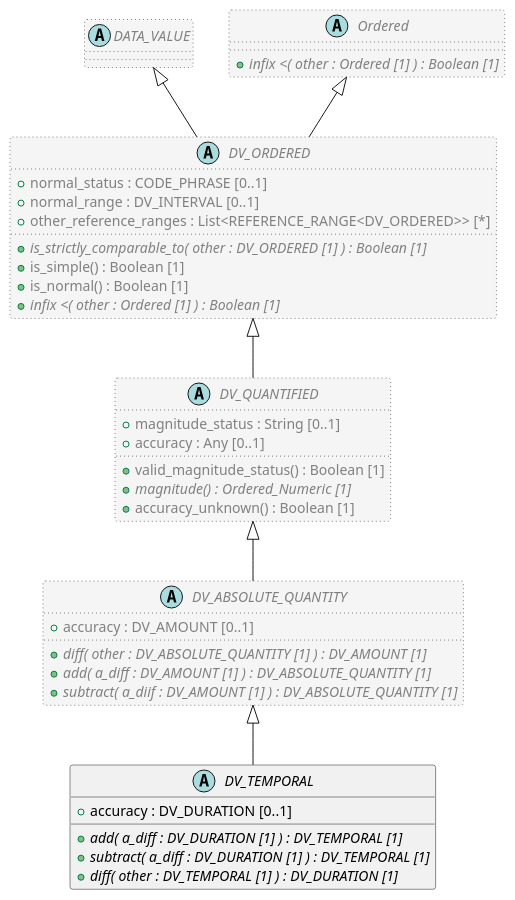
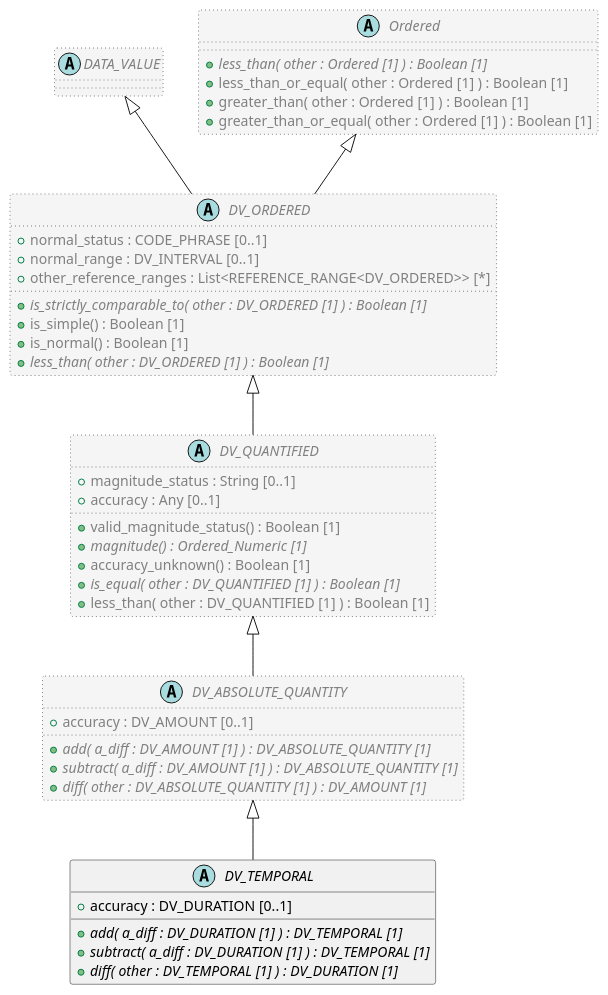
One commit to sebastian-iancu/code-generator changed the diagram in code/Adoc/openehr_rm_1.1.0/plantUML/classes/org.openehr.rm.data_types.dv_temporal.adoc. Above: the diagram before and after it, drawn with PlantUML. The commit also changed 719 other files, not shown here.

```diff
--- a/code/Adoc/openehr_rm_1.1.0/plantUML/classes/org.openehr.rm.data_types.dv_temporal.adoc
+++ b/code/Adoc/openehr_rm_1.1.0/plantUML/classes/org.openehr.rm.data_types.dv_temporal.adoc
@@ -1,56 +1,61 @@
 [plantuml,DV_TEMPORAL,format=svg,svg-type="inline"]
 -----
 @startuml
 
 abstract class DV_TEMPORAL {
   + accuracy : DV_DURATION [0..1]
   + {abstract} add( a_diff : DV_DURATION [1] ) : DV_TEMPORAL [1]
   + {abstract} subtract( a_diff : DV_DURATION [1] ) : DV_TEMPORAL [1]
   + {abstract} diff( other : DV_TEMPORAL [1] ) : DV_DURATION [1]
 }
 
 abstract class DV_ABSOLUTE_QUANTITY  #whitesmoke;line:gray;line.dotted;text:gray {
   + accuracy : DV_AMOUNT [0..1]
+  + {abstract} add( a_diff : DV_AMOUNT [1] ) : DV_ABSOLUTE_QUANTITY [1]
+  + {abstract} subtract( a_diff : DV_AMOUNT [1] ) : DV_ABSOLUTE_QUANTITY [1]
   + {abstract} diff( other : DV_ABSOLUTE_QUANTITY [1] ) : DV_AMOUNT [1]
-  + {abstract} add( a_diff : DV_AMOUNT [1] ) : DV_ABSOLUTE_QUANTITY [1]
-  + {abstract} subtract( a_diif : DV_AMOUNT [1] ) : DV_ABSOLUTE_QUANTITY [1]
 }
 
 abstract class DV_QUANTIFIED  #whitesmoke;line:gray;line.dotted;text:gray {
   + magnitude_status : String [0..1]
   + accuracy : Any [0..1]
   + valid_magnitude_status() : Boolean [1]
   + {abstract} magnitude() : Ordered_Numeric [1]
   + accuracy_unknown() : Boolean [1]
+  + {abstract} is_equal( other : DV_QUANTIFIED [1] ) : Boolean [1]
+  + less_than( other : DV_QUANTIFIED [1] ) : Boolean [1]
 }
 
 abstract class DV_ORDERED  #whitesmoke;line:gray;line.dotted;text:gray {
   + normal_status : CODE_PHRASE [0..1]
   + normal_range : DV_INTERVAL [0..1]
   + other_reference_ranges : List<REFERENCE_RANGE<DV_ORDERED>> [*]
   + {abstract} is_strictly_comparable_to( other : DV_ORDERED [1] ) : Boolean [1]
   + is_simple() : Boolean [1]
   + is_normal() : Boolean [1]
-  + {abstract} infix <( other : Ordered [1] ) : Boolean [1]
+  + {abstract} less_than( other : DV_ORDERED [1] ) : Boolean [1]
 }
 
 abstract class DATA_VALUE  #whitesmoke;line:gray;line.dotted;text:gray {
 }
 
 DATA_VALUE <|-- DV_ORDERED
 
 abstract class Ordered  #whitesmoke;line:gray;line.dotted;text:gray {
-  + {abstract} infix <( other : Ordered [1] ) : Boolean [1]
+  + {abstract} less_than( other : Ordered [1] ) : Boolean [1]
+  + less_than_or_equal( other : Ordered [1] ) : Boolean [1]
+  + greater_than( other : Ordered [1] ) : Boolean [1]
+  + greater_than_or_equal( other : Ordered [1] ) : Boolean [1]
 }
 
 Ordered <|-- DV_ORDERED
 
 DV_ORDERED <|-- DV_QUANTIFIED
 
 DV_QUANTIFIED <|-- DV_ABSOLUTE_QUANTITY
 
 DV_ABSOLUTE_QUANTITY <|-- DV_TEMPORAL
 
 
 @enduml
 -----
```
